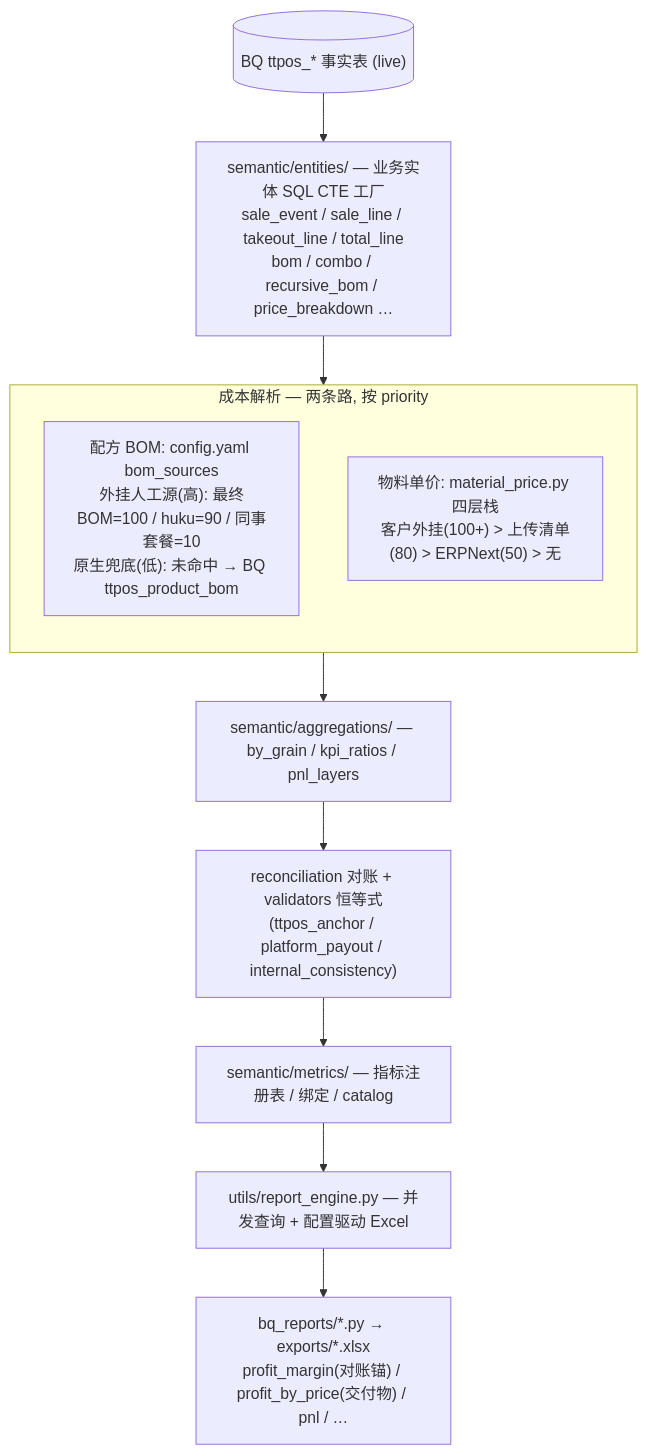
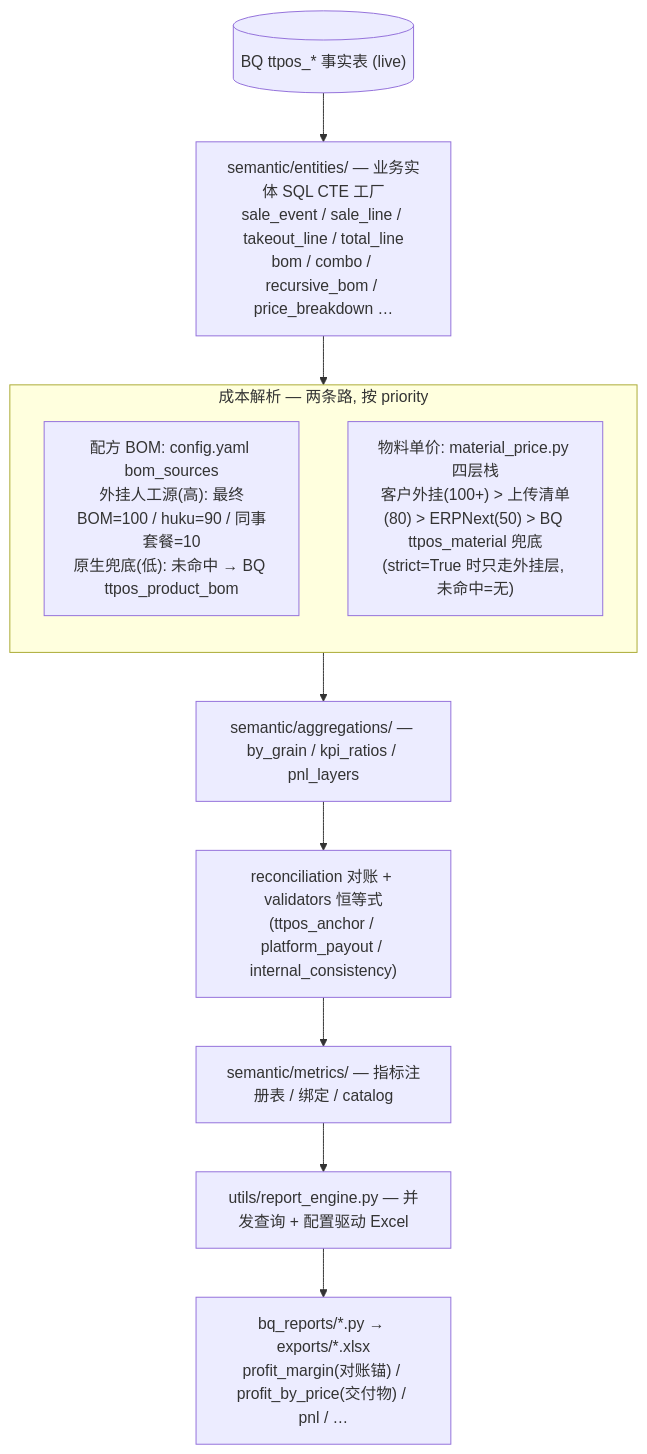
Before and after one commit to ZonEaseTech/analysis: the second of 4 diagrams in docs/pipelines-overview.md, drawn with Mermaid.

Commit message:
docs: 修正 §2 物料价第4层(BQ ttpos_material 兜底, 非"无")
代码对齐核查发现:material_price 四层栈第4层是 BQ ttpos_material 兜底，
"无"只在 strict=True 未命中时出现。其余公式/优先级/禁摊销等均已核对属实。

````diff
--- a/docs/pipelines-overview.md
+++ b/docs/pipelines-overview.md
@@ -58,19 +58,19 @@
 ```mermaid
 flowchart TB
     BQ[("BQ ttpos_* 事实表 (live)")]
     ENT["semantic/entities/ — 业务实体 SQL CTE 工厂<br/>sale_event / sale_line / takeout_line / total_line<br/>bom / combo / recursive_bom / price_breakdown …"]
 
     subgraph COST["成本解析 — 两条路, 按 priority"]
         direction TB
         BOMRES["配方 BOM: config.yaml bom_sources<br/>外挂人工源(高): 最终BOM=100 / huku=90 / 同事套餐=10<br/>原生兜底(低): 未命中 → BQ ttpos_product_bom"]
-        PRICERES["物料单价: material_price.py 四层栈<br/>客户外挂(100+) > 上传清单(80) > ERPNext(50) > 无"]
+        PRICERES["物料单价: material_price.py 四层栈<br/>客户外挂(100+) > 上传清单(80) > ERPNext(50) > BQ ttpos_material 兜底<br/>(strict=True 时只走外挂层, 未命中=无)"]
     end
 
     AGG["semantic/aggregations/ — by_grain / kpi_ratios / pnl_layers"]
     RECVAL["reconciliation 对账 + validators 恒等式<br/>(ttpos_anchor / platform_payout / internal_consistency)"]
     METRICS["semantic/metrics/ — 指标注册表 / 绑定 / catalog"]
     ENGINE["utils/report_engine.py — 并发查询 + 配置驱动 Excel"]
     OUT["bq_reports/*.py → exports/*.xlsx<br/>profit_margin(对账锚) / profit_by_price(交付物) / pnl / …"]
 
     BQ --> ENT --> COST --> AGG --> RECVAL --> METRICS --> ENGINE --> OUT
 ```
````
